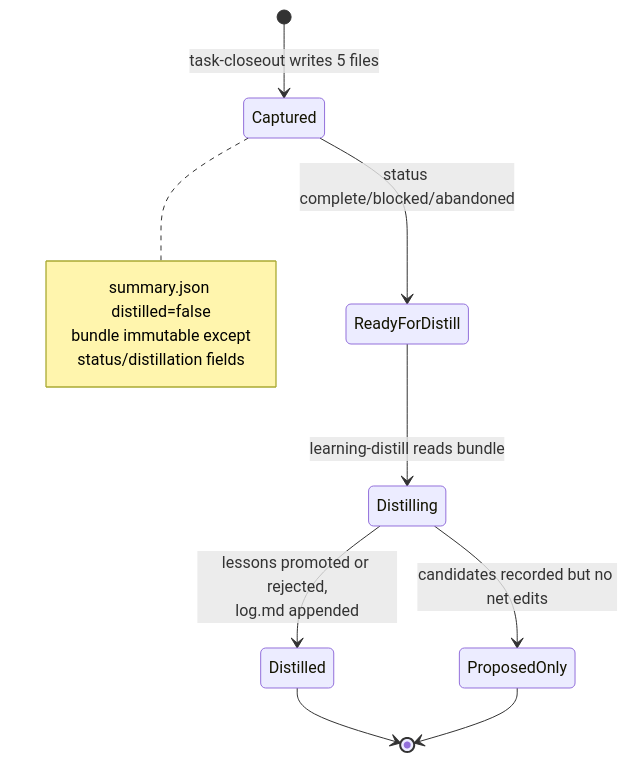
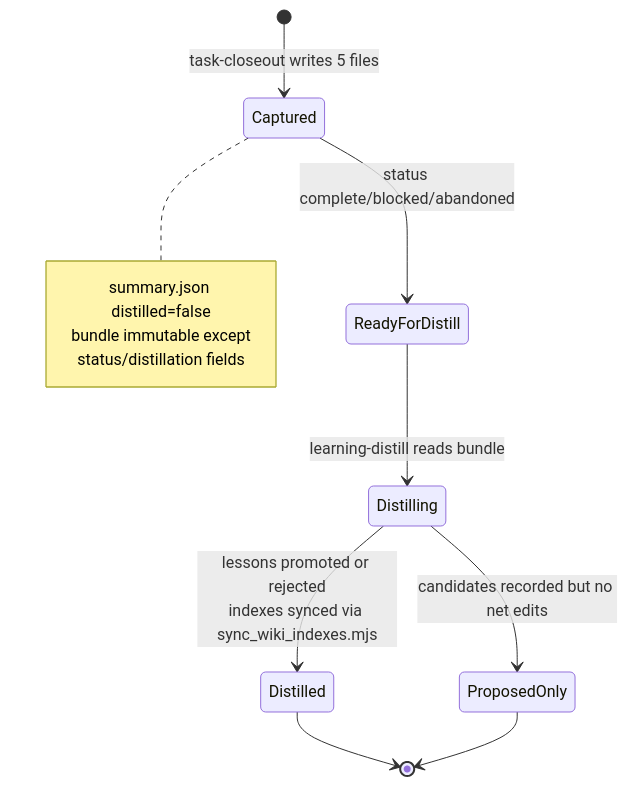
The diagram in openwiki/architecture/task-lifecycle.md (Hypercubed/Agent-Knowledge-Starter-Kit), drawn with Mermaid before and after one commit. The commit also changed other lines of this file and 22 other files, not shown here.

````diff
--- a/openwiki/architecture/task-lifecycle.md
+++ b/openwiki/architecture/task-lifecycle.md
@@ -48,15 +56,15 @@
 ```mermaid
 stateDiagram-v2
     [*] --> Captured: task-closeout writes 5 files
     Captured --> ReadyForDistill: status complete/blocked/abandoned
     ReadyForDistill --> Distilling: learning-distill reads bundle
-    Distilling --> Distilled: lessons promoted or rejected,<br/>log.md appended
+    Distilling --> Distilled: lessons promoted or rejected<br/>indexes synced via sync_wiki_indexes.mjs
     Distilling --> ProposedOnly: candidates recorded but no net edits
     Distilled --> [*]
     ProposedOnly --> [*]
     note right of Captured
         summary.json distilled=false
         bundle immutable except
         status/distillation fields
     end note
 ```
````
